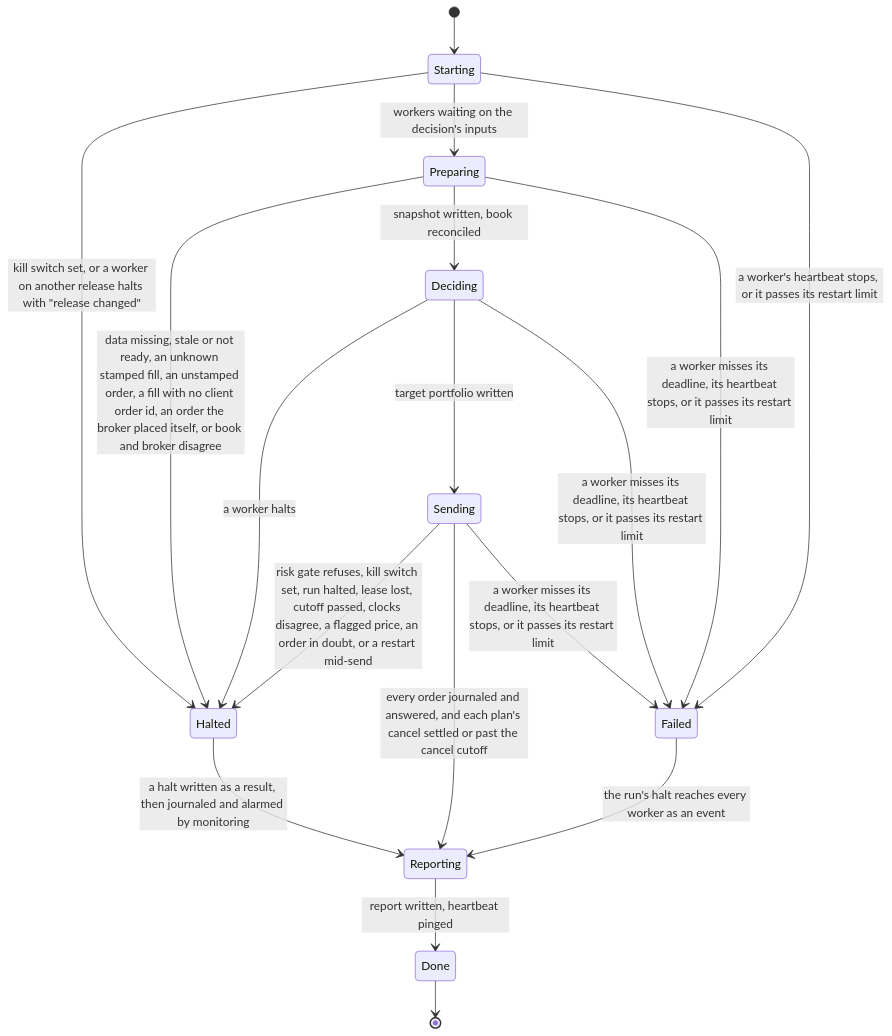
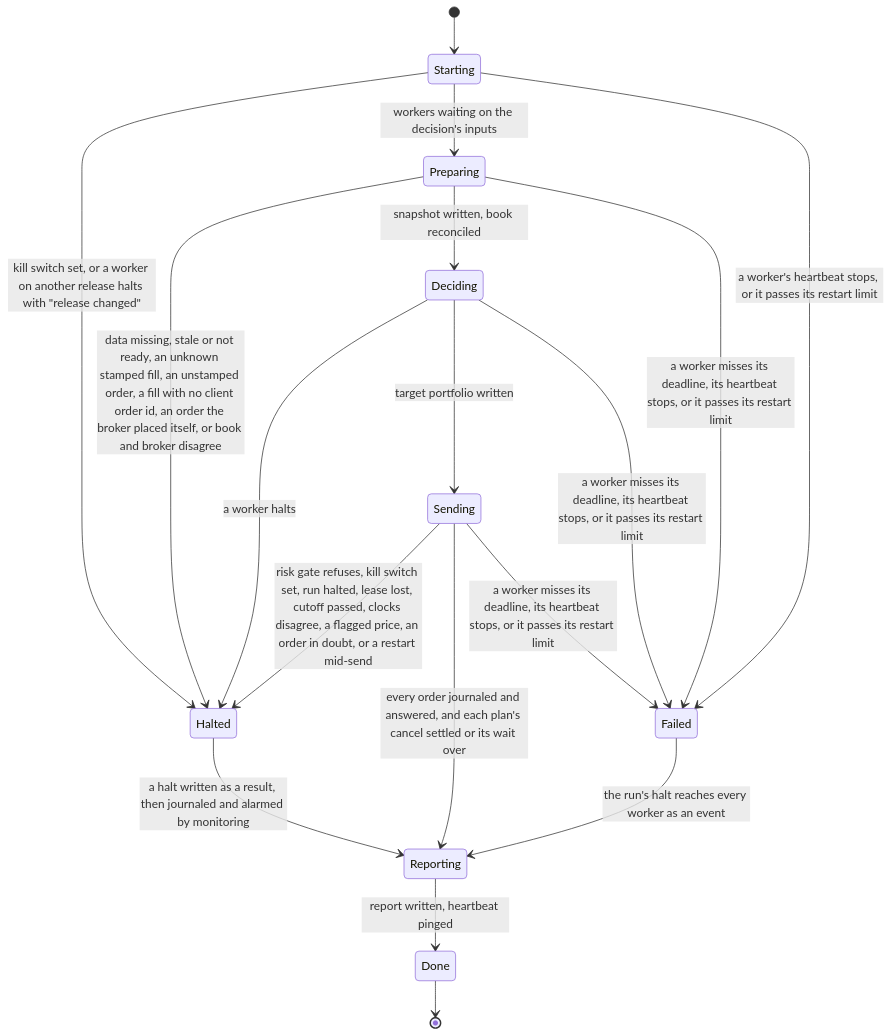
Before and after one commit to l3a0/ithildin-runtime: diagram 13 of 16 in docs/architecture.md, drawn with Mermaid. The commit also changed other lines of this file and 2 other files, not shown here.

First line of the commit message:
docs: bound the send stage's wait and state the halt exception once

````diff
--- a/docs/architecture.md
+++ b/docs/architecture.md
@@ -1708,20 +1714,20 @@
 ```mermaid
 stateDiagram-v2
     [*] --> Starting
     Starting --> Halted: kill switch set, or a worker on another release halts with "release changed"
     Starting --> Preparing: workers waiting on the decision's inputs
     Preparing --> Halted: data missing, stale or not ready, an unknown stamped fill, an unstamped order, a fill with no client order id, an order the broker placed itself, or book and broker disagree
     Preparing --> Deciding: snapshot written, book reconciled
     Deciding --> Halted: a worker halts
     Deciding --> Sending: target portfolio written
     Sending --> Halted: risk gate refuses, kill switch set, run halted, lease lost, cutoff passed, clocks disagree, a flagged price, an order in doubt, or a restart mid-send
-    Sending --> Reporting: every order journaled and answered, and each plan's cancel settled or past the cancel cutoff
+    Sending --> Reporting: every order journaled and answered, and each plan's cancel settled or its wait over
     Halted --> Reporting: a halt written as a result, then journaled and alarmed by monitoring
     Reporting --> Done: report written, heartbeat pinged
     Done --> [*]
     Starting --> Failed: a worker's heartbeat stops, or it passes its restart limit
     Preparing --> Failed: a worker misses its deadline, its heartbeat stops, or it passes its restart limit
     Deciding --> Failed: a worker misses its deadline, its heartbeat stops, or it passes its restart limit
     Sending --> Failed: a worker misses its deadline, its heartbeat stops, or it passes its restart limit
     Failed --> Reporting: the run's halt reaches every worker as an event
 ```
````
